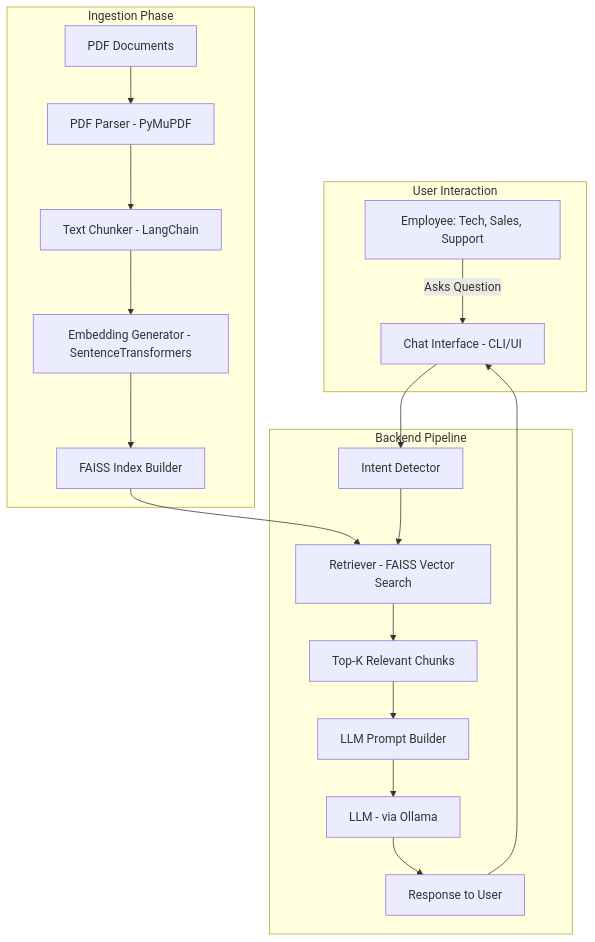
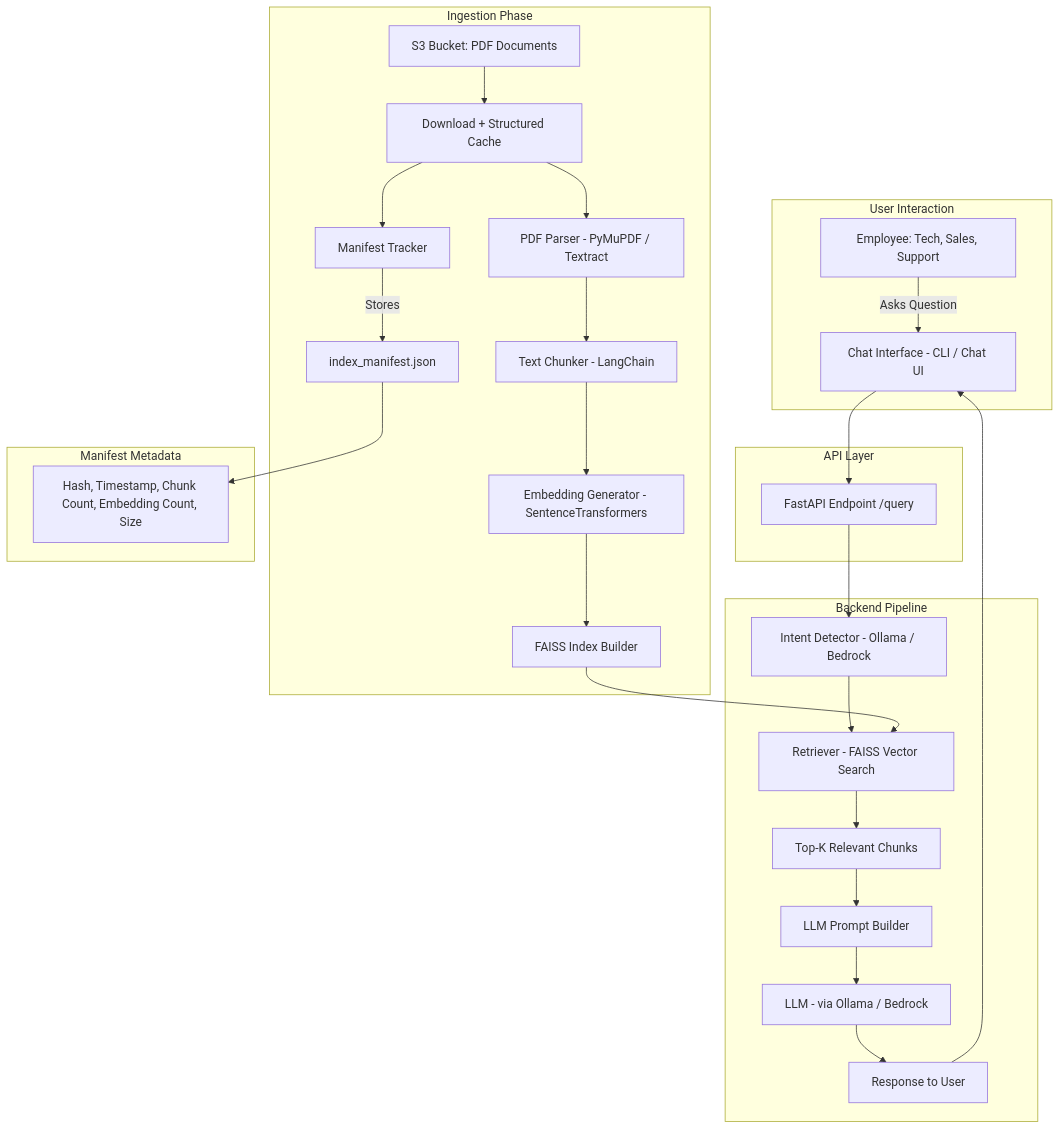
Before and after one commit to afallahi/rag-ai-agent-be: the diagram in shared/architecture.mmd, drawn with Mermaid. The commit also changed 37 other files, not shown here.

```diff
--- a/shared/architecture.mmd
+++ b/shared/architecture.mmd
@@ -1,23 +1,35 @@
 graph TD
+
     subgraph User Interaction
-        A[Employee: Tech, Sales, Support] -->|Asks Question| B[Chat Interface - CLI/UI]
+        A[Employee: Tech, Sales, Support] -->|Asks Question| B[Chat Interface - CLI / Chat UI]
+    end
+
+    subgraph API Layer
+        B --> Z[FastAPI Endpoint /query]
     end
 
     subgraph Backend Pipeline
-        B --> C[Intent Detector]
+        Z --> C[Intent Detector - Ollama / Bedrock]
         C --> D[Retriever - FAISS Vector Search]
         D --> E[Top-K Relevant Chunks]
         E --> F[LLM Prompt Builder]
-        F --> G[LLM - via Ollama]
+        F --> G[LLM - via Ollama / Bedrock]
         G --> H[Response to User]
     end
 
     subgraph Ingestion Phase
-        I[PDF Documents] --> J[PDF Parser - PyMuPDF]
-        J --> K[Text Chunker - LangChain]
-        K --> L[Embedding Generator - SentenceTransformers]
-        L --> M[FAISS Index Builder]
-        M --> D
+        I[S3 Bucket: PDF Documents] --> J[Download + Structured Cache]
+        J --> K[PDF Parser - PyMuPDF / Textract]
+        K --> L[Text Chunker - LangChain]
+        L --> M[Embedding Generator - SentenceTransformers]
+        M --> N[FAISS Index Builder]
+        N --> D
+        J --> O[Manifest Tracker]
+        O -->|Stores| P[index_manifest.json]
+    end
+
+    subgraph Manifest Metadata
+        P --> Q[Hash, Timestamp, Chunk Count, Embedding Count, Size]
     end
 
     H --> B
```
